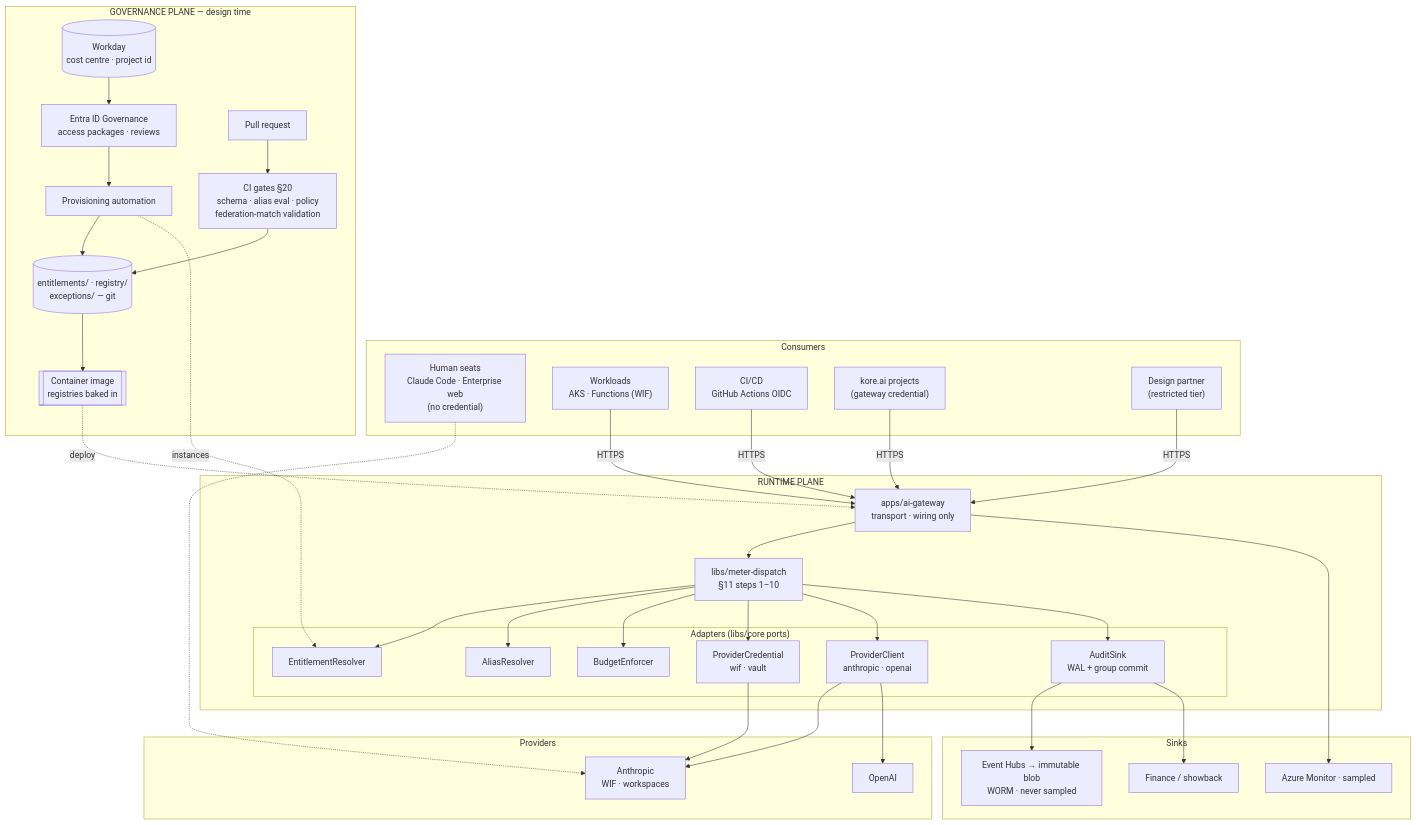
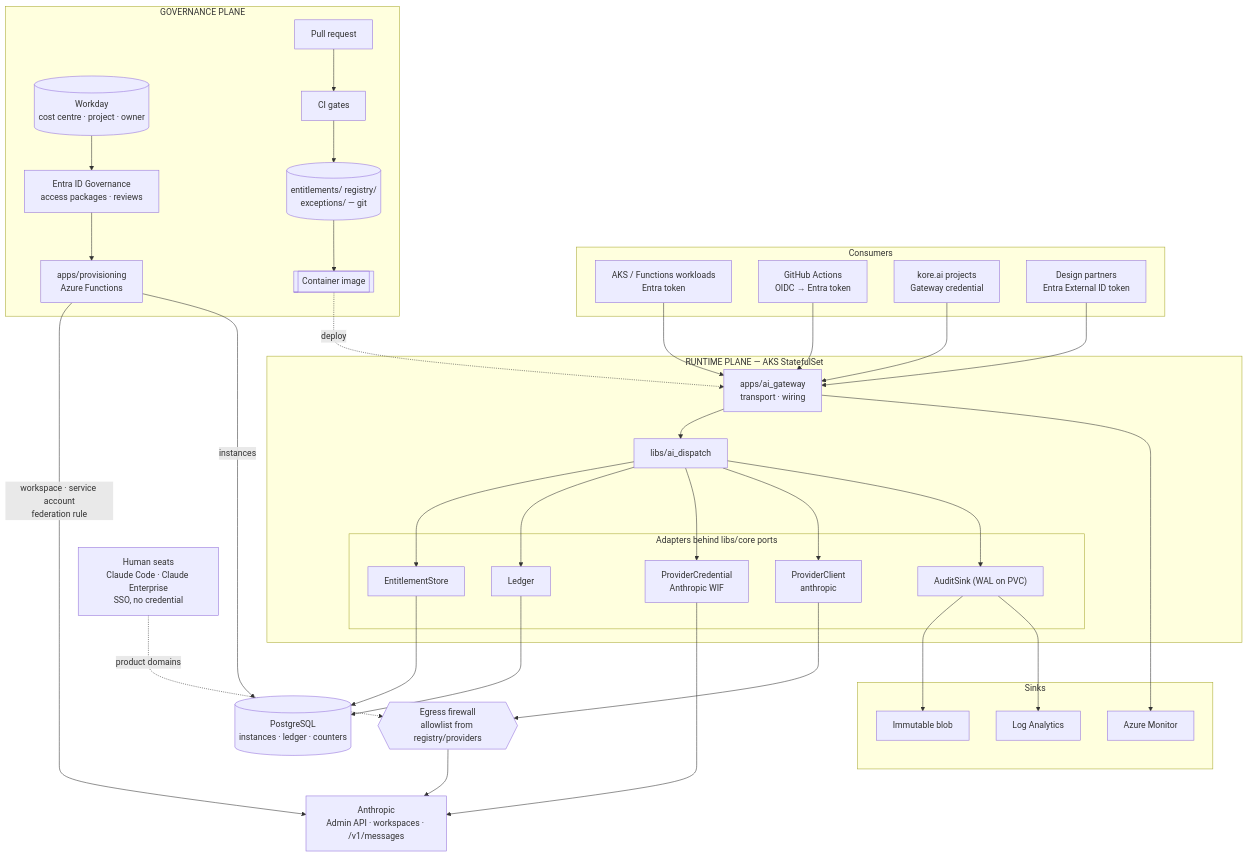
The first of 4 diagrams in docs/superpowers/specs/2026-09-04-ai-credential-operating-model-design.md (rajatdua/exploration), drawn with Mermaid before and after one commit. The commit also changed other lines of this file and 1 other file, not shown here.

````diff
--- a/docs/superpowers/specs/2026-09-04-ai-credential-operating-model-design.md
+++ b/docs/superpowers/specs/2026-09-04-ai-credential-operating-model-design.md
@@ -130,59 +98,53 @@
 ```mermaid
 flowchart TB
     subgraph consumers["Consumers"]
-        seats["Human seats<br/>Claude Code · Enterprise web<br/>(no credential)"]
-        wl["Workloads<br/>AKS · Functions (WIF)"]
-        ci["CI/CD<br/>GitHub Actions OIDC"]
-        kore["kore.ai projects<br/>(gateway credential)"]
-        partner["Design partner<br/>(restricted tier)"]
+        wl["AKS / Functions workloads<br/>Entra token"]
+        ci["GitHub Actions<br/>OIDC → Entra token"]
+        kore["kore.ai projects<br/>Gateway credential"]
+        partner["Design partners<br/>Entra External ID token"]
+    end
+    seats["Human seats<br/>Claude Code · Claude Enterprise<br/>SSO, no credential"]
+
+    subgraph gov["GOVERNANCE PLANE"]
+        wd[("Workday<br/>cost centre · project · owner")]
+        eig["Entra ID Governance<br/>access packages · reviews"]
+        prov["apps/provisioning<br/>Azure Functions"]
+        pr["Pull request"] --> cig["CI gates"] --> repo[("entitlements/ registry/<br/>exceptions/ — git")] --> img[["Container image"]]
     end
 
-    subgraph gov["GOVERNANCE PLANE — design time"]
-        wd[("Workday<br/>cost centre · project id")]
-        eig["Entra ID Governance<br/>access packages · reviews"]
-        prov["Provisioning automation"]
-        pr["Pull request"]
-        cigate["CI gates §20<br/>schema · alias eval · policy<br/>federation-match validation"]
-        repo[("entitlements/ · registry/<br/>exceptions/ — git")]
-        img[["Container image<br/>registries baked in"]]
-    end
-
-    subgraph rt["RUNTIME PLANE"]
-        app["apps/ai-gateway<br/>transport · wiring only"]
-        disp["libs/meter-dispatch<br/>§11 steps 1–10"]
-
-        subgraph adapters["Adapters (libs/core ports)"]
-            entres["EntitlementResolver"]
-            alias["AliasResolver"]
-            budget["BudgetEnforcer"]
-            credp["ProviderCredential<br/>wif · vault"]
-            prov2["ProviderClient<br/>anthropic · openai"]
-            audit["AuditSink<br/>WAL + group commit"]
+    subgraph rt["RUNTIME PLANE — AKS StatefulSet"]
+        app["apps/ai_gateway<br/>transport · wiring"]
+        disp["libs/ai_dispatch"]
+        subgraph ports["Adapters behind libs/core ports"]
+            ent["EntitlementStore"]
+            led["Ledger"]
+            pc["ProviderCredential<br/>Anthropic WIF"]
+            pcl["ProviderClient<br/>anthropic"]
+            aud["AuditSink (WAL on PVC)"]
         end
     end
 
-    subgraph ext["Providers"]
-        anth["Anthropic<br/>WIF · workspaces"]
-        oai["OpenAI"]
+    pg[("PostgreSQL<br/>instances · ledger · counters")]
+    fw{{"Egress firewall<br/>allowlist from registry/providers"}}
+    anth["Anthropic<br/>Admin API · workspaces · /v1/messages"]
+
+    subgraph sinks["Sinks"]
+        blob["Immutable blob"]
+        la["Log Analytics"]
+        mon["Azure Monitor"]
     end
 
-    subgraph sinks["Sinks"]
-        otel["Azure Monitor · sampled"]
-        eh["Event Hubs → immutable blob<br/>WORM · never sampled"]
-        fin["Finance / showback"]
-    end
-
-    seats -.-> anth
-    wl & ci & kore & partner -->|HTTPS| app
-    wd --> eig --> prov --> repo
-    prov -.->|instances| entres
-    pr --> cigate --> repo --> img -.->|deploy| app
-
+    wd --> eig --> prov
+    prov -->|"workspace · service account<br/>federation rule"| anth
+    prov -->|"instances"| pg
+    img -.->|deploy| app
+    wl & ci & kore & partner --> app
+    seats -.->|"product domains"| fw
     app --> disp
-    disp --> entres & alias & budget & credp & prov2 & audit
-    credp --> anth
-    prov2 --> anth & oai
-    audit --> eh
-    audit --> fin
-    app --> otel
+    disp --> ent & led & pc & pcl & aud
+    ent & led --> pg
+    pcl --> fw --> anth
+    pc --> anth
+    aud --> blob & la
+    app --> mon
 ```
````
